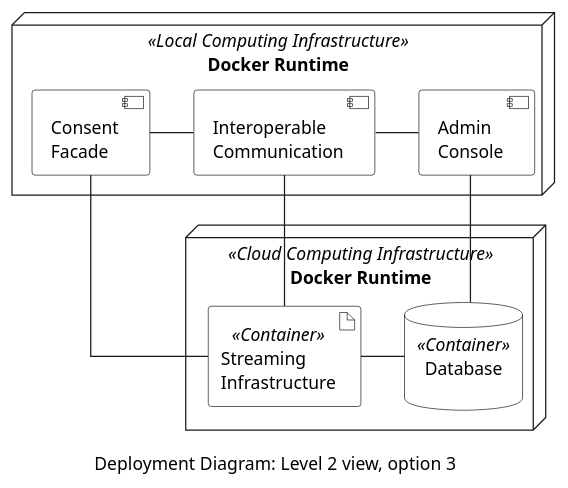
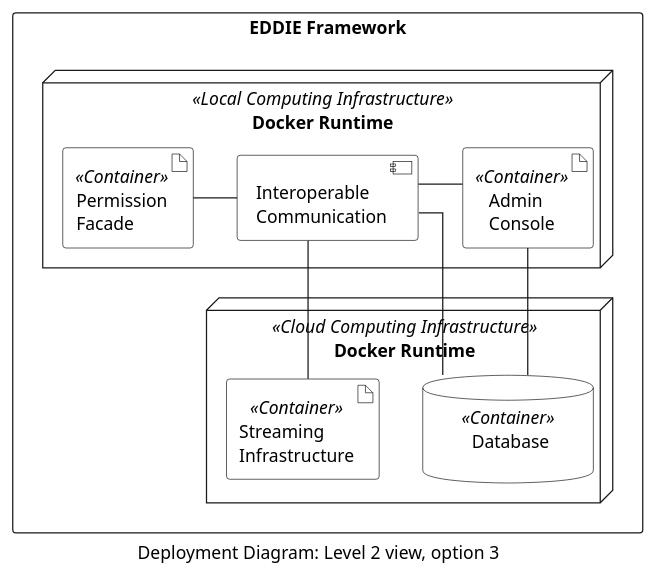
One commit to eddie-energy/architecture changed the diagram in arc42/07-deployment-view/figures/deployment-diagram-option-3.puml. Above: the diagram before and after it, drawn with PlantUML. The commit also changed 20 other files, not shown here.

```diff
--- a/arc42/07-deployment-view/figures/deployment-diagram-option-3.puml
+++ b/arc42/07-deployment-view/figures/deployment-diagram-option-3.puml
@@ -1,49 +1,44 @@
 @startuml deployment-diagram-option-3
 'deployment diagram
 caption Deployment Diagram: Level 2 view, option 3
 
 skinparam linetype ortho
 skinparam interface {
   backgroundColor transparent
   borderColor black
 }
 skinparam artifact{
   BorderColor black
   BackgroundColor transparent
 }
 skinparam component{
   BorderColor black
   BackgroundColor transparent
 }
 skinparam actor{
   BorderColor black
   BackgroundColor transparent
 }
 skinparam database{
   BorderColor black
   BackgroundColor transparent
 }
-skinparam rectangle{
-  BorderColor transparent
-  BackgroundColor transparent
-  FontColor transparent
-}
 
+rectangle "EDDIE Framework" {
   node "Docker Runtime" <<Local Computing Infrastructure>> as local {    
-    component "Consent\nFacade" as consentFacade
+    artifact "Permission\nFacade" <<Container>> as consentFacade
     component "Interoperable\nCommunication" as comm
-    component "Admin\nConsole" as adminConsole
+    artifact "Admin\nConsole" <<Container>> as adminConsole
   }
   node "Docker Runtime" <<Cloud Computing Infrastructure>> as org {    
     artifact "Streaming\nInfrastructure" <<Container>> as broker
-    database "Database\n" <<Container>> as database
+    database "\tDatabase\t\n" <<Container>> as database
   }
-
+}
   consentFacade -right- comm
   adminConsole -left- comm
-  consentFacade -down- broker
-  database -left- broker
   comm -down- broker
-  adminConsole -down- database
+  comm -down- database
+  adminConsole -down- database 
 
 @enduml
```
